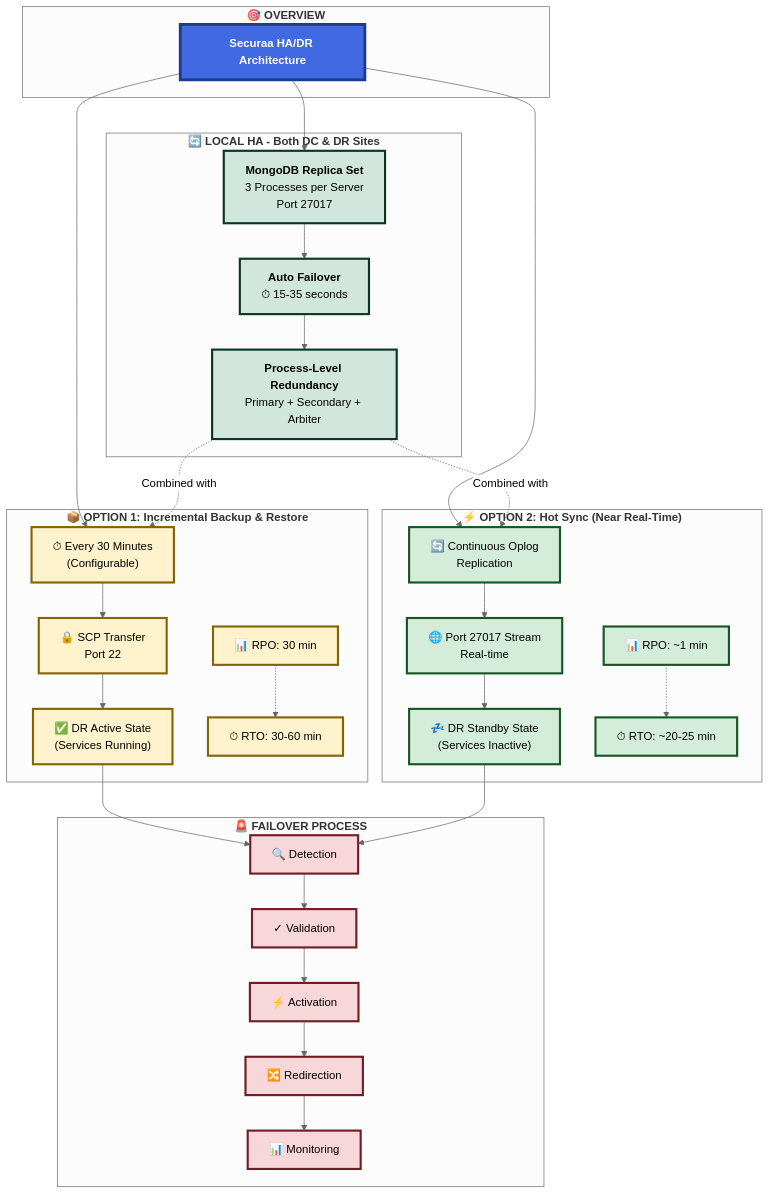
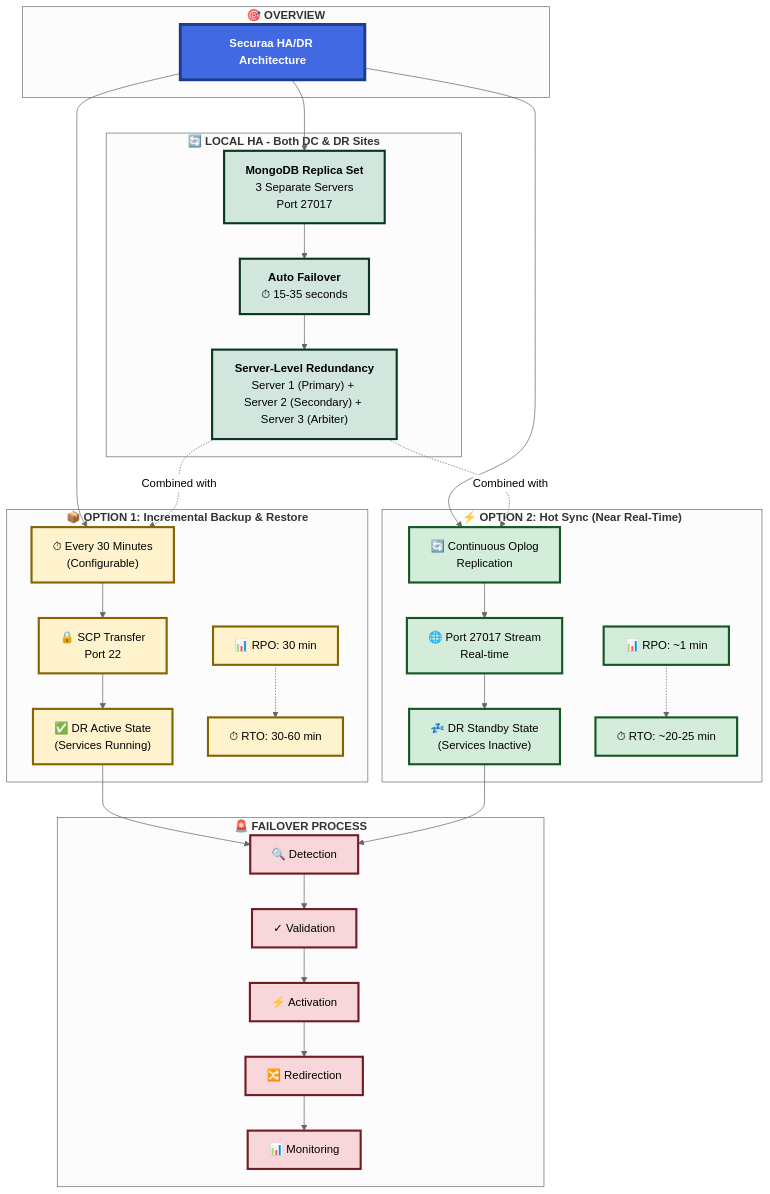
Diagram 11 of 11 in HA_DR_Architecture_Documentation_dt.md (Vishwa0220/customers-docs), drawn with Mermaid (neutral theme) before and after one commit. The commit also changed other lines of this file, not shown here.

````diff
--- a/HA_DR_Architecture_Documentation_dt.md
+++ b/HA_DR_Architecture_Documentation_dt.md
@@ -769,65 +781,65 @@
 ```mermaid
 graph TB
     subgraph OVERVIEW["<b>🎯 OVERVIEW</b>"]
         TITLE["<b>Securaa HA/DR Architecture</b>"]
     end
     
     subgraph LHA["<b>🔄 LOCAL HA - Both DC & DR Sites</b>"]
-        LHA1["<b>MongoDB Replica Set</b><br/>3 Processes per Server<br/>Port 27017"]
+        LHA1["<b>MongoDB Replica Set</b><br/>3 Separate Servers<br/>Port 27017"]
         LHA2["<b>Auto Failover</b><br/>⏱ 15-35 seconds"]
-        LHA3["<b>Process-Level Redundancy</b><br/>Primary + Secondary + Arbiter"]
+        LHA3["<b>Server-Level Redundancy</b><br/>Server 1 (Primary) + Server 2 (Secondary) + Server 3 (Arbiter)"]
         
         LHA1 --> LHA2 --> LHA3
     end
     
     subgraph IB["<b>📦 OPTION 1: Incremental Backup & Restore</b>"]
         IB1["⏱ Every 30 Minutes<br/>(Configurable)"]
         IB2["🔒 SCP Transfer<br/>Port 22"]
         IB3["✅ DR Active State<br/>(Services Running)"]
         IB4["📊 RPO: 30 min"]
         IB5["⏱ RTO: 30-60 min"]
         
         IB1 --> IB2 --> IB3
         IB4 -.-> IB5
     end
     
     subgraph HS["<b>⚡ OPTION 2: Hot Sync (Near Real-Time)</b>"]
         HS1["🔄 Continuous Oplog<br/>Replication"]
         HS2["🌐 Port 27017 Stream<br/>Real-time"]
         HS3["💤 DR Standby State<br/>(Services Inactive)"]
         HS4["📊 RPO: ~1 min"]
         HS5["⏱ RTO: ~20-25 min"]
         
         HS1 --> HS2 --> HS3
         HS4 -.-> HS5
     end
     
     subgraph FO["<b>🚨 FAILOVER PROCESS</b>"]
         FO1["🔍 Detection"] --> FO2["✓ Validation"]
         FO2 --> FO3["⚡ Activation"]
         FO3 --> FO4["🔀 Redirection"]
         FO4 --> FO5["📊 Monitoring"]
     end
     
     TITLE --> LHA1
     TITLE --> IB1
     TITLE --> HS1
     
     LHA3 -.->|"Combined with"| IB1
     LHA3 -.->|"Combined with"| HS1
     
     IB3 --> FO1
     HS3 --> FO1
     
     classDef titleStyle fill:#4169e1,stroke:#1e3a8a,stroke-width:4px,color:#fff,font-size:16px
     classDef localHA fill:#d1e7dd,stroke:#0a3622,stroke-width:3px,color:#000
     classDef backup fill:#fff3cd,stroke:#856404,stroke-width:3px,color:#000
     classDef hotSync fill:#d4edda,stroke:#155724,stroke-width:3px,color:#000
     classDef failover fill:#f8d7da,stroke:#721c24,stroke-width:3px,color:#000
     
     class TITLE titleStyle
     class LHA1,LHA2,LHA3 localHA
     class IB1,IB2,IB3,IB4,IB5 backup
     class HS1,HS2,HS3,HS4,HS5 hotSync
     class FO1,FO2,FO3,FO4,FO5 failover
 ```
````
